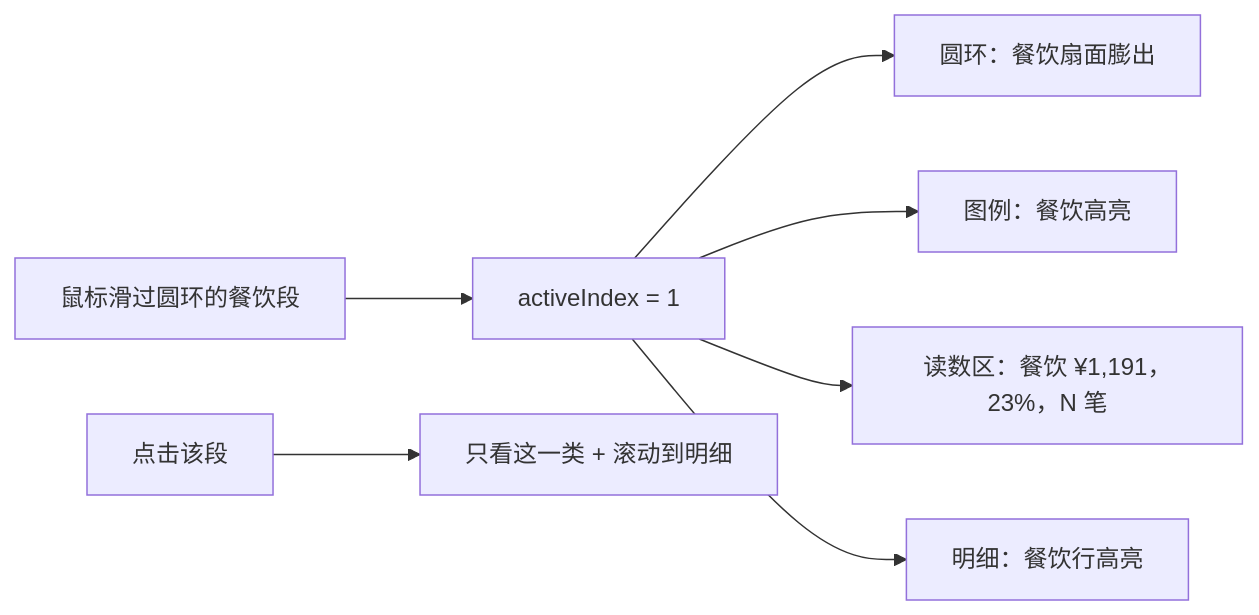
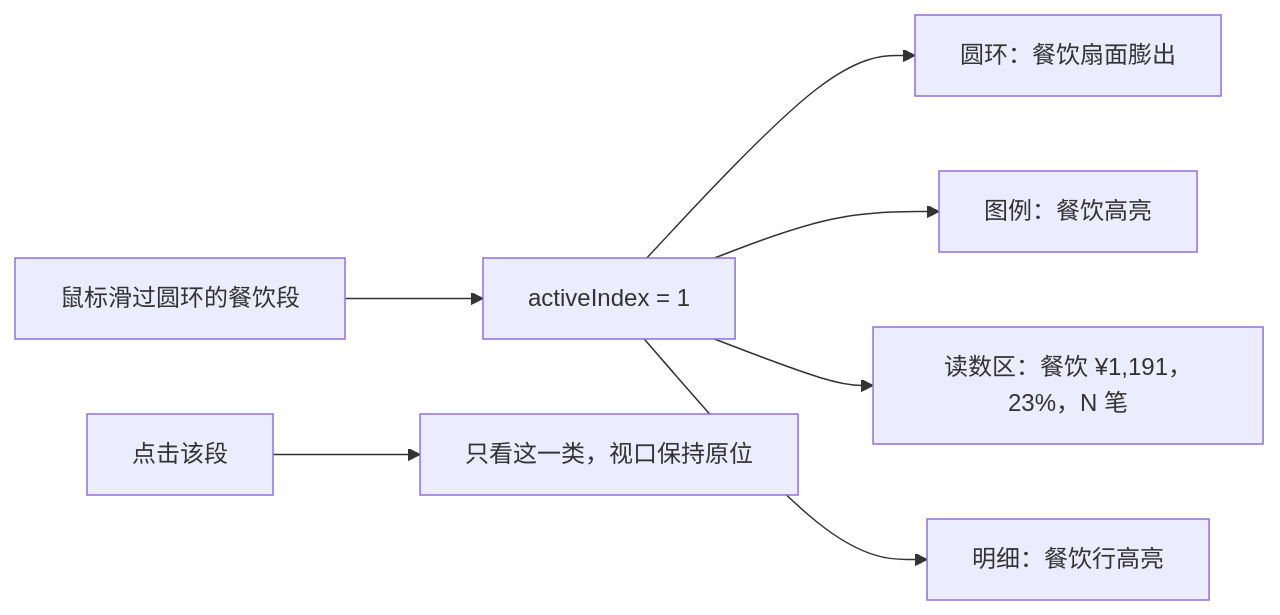
One commit to weiqing010305-art/bk-agent changed diagram 20 of 33 in doc/ARCHITECTURE.md. Above: the diagram before and after it, drawn with Mermaid. The commit also changed other lines of this file and 31 other files, not shown here.

Commit message:
feat: refine bank assistant layout and transfer flow

````diff
--- a/doc/ARCHITECTURE.md
+++ b/doc/ARCHITECTURE.md
@@ -558,9 +558,9 @@
 ```mermaid
 flowchart LR
     HOVER["鼠标滑过圆环的餐饮段"] --> IDX["activeIndex = 1"]
     IDX --> A["圆环：餐饮扇面膨出"]
     IDX --> B["图例：餐饮高亮"]
     IDX --> C["读数区：餐饮 ¥1,191，23%，N 笔"]
     IDX --> D["明细：餐饮行高亮"]
-    CLICK["点击该段"] --> PICK["只看这一类 + 滚动到明细"]
+    CLICK["点击该段"] --> PICK["只看这一类，视口保持原位"]
 ```
````
